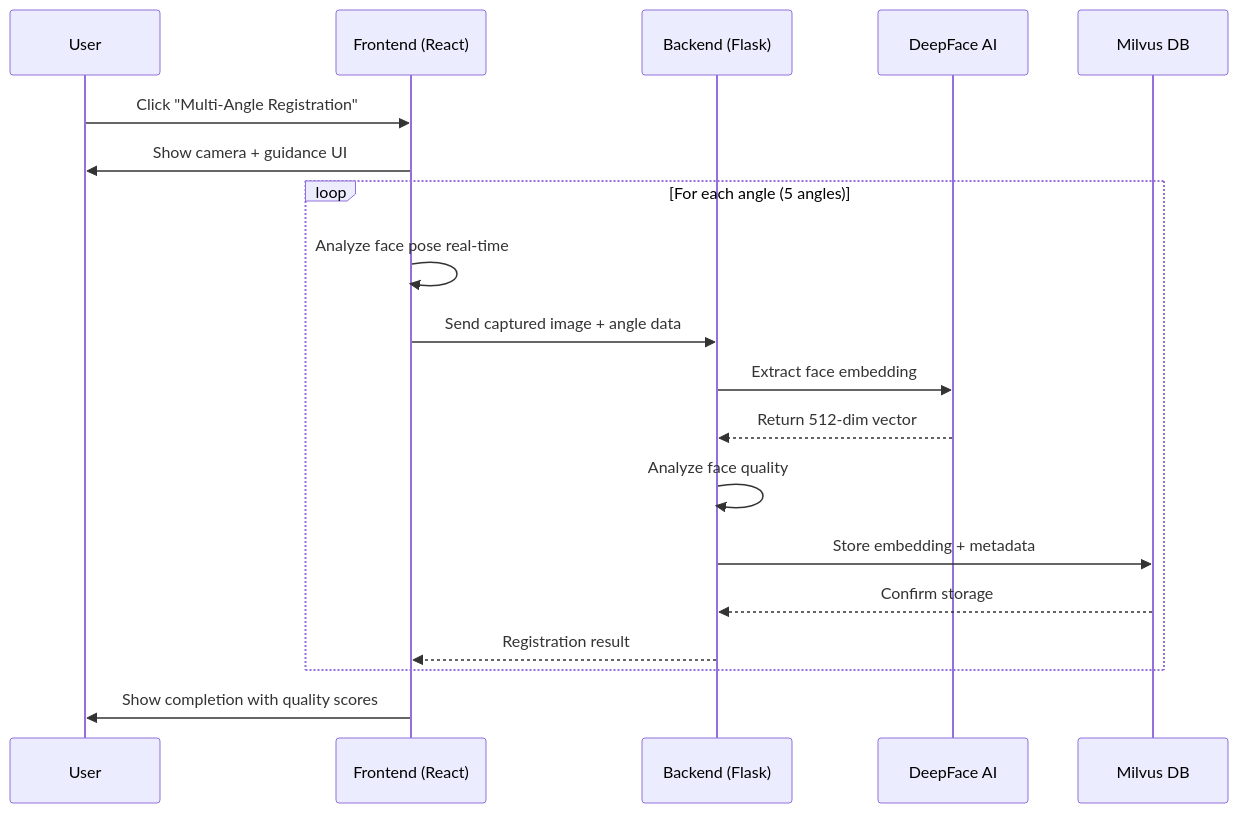
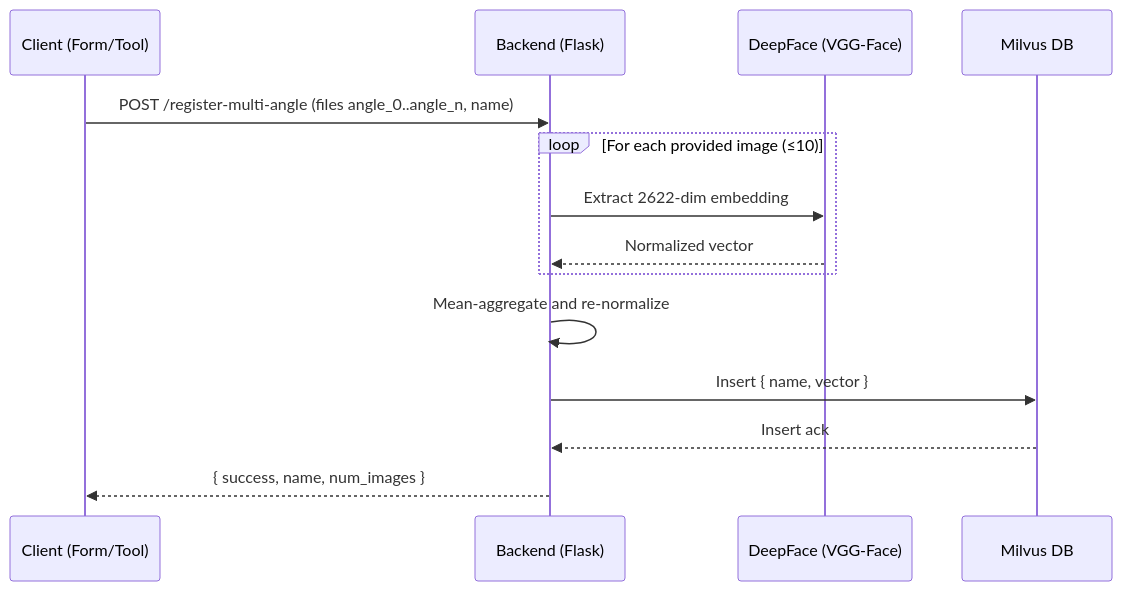
Before and after one commit to Tharindu-X/face-recognition-project: the first of 2 diagrams in face-recognition-app/SYSTEM_ARCHITECTURE.md, drawn with Mermaid. The commit also changed other lines of this file, not shown here.

Commit message:
updated system architecture

````diff
--- a/face-recognition-app/SYSTEM_ARCHITECTURE.md
+++ b/face-recognition-app/SYSTEM_ARCHITECTURE.md
@@ -58,24 +56,17 @@
 ```mermaid
 sequenceDiagram
-    participant User
-    participant Frontend as Frontend (React)
+    participant Client as Client (Form/Tool)
     participant Backend as Backend (Flask)
-    participant DeepFace as DeepFace AI
+    participant DeepFace as DeepFace (VGG-Face)
     participant Milvus as Milvus DB
     
-    User->>Frontend: Click "Multi-Angle Registration"
-    Frontend->>User: Show camera + guidance UI
-    
-    loop For each angle (5 angles)
-        Frontend->>Frontend: Analyze face pose real-time
-        Frontend->>Backend: Send captured image + angle data
-        Backend->>DeepFace: Extract face embedding
-        DeepFace-->>Backend: Return 512-dim vector
-        Backend->>Backend: Analyze face quality
-        Backend->>Milvus: Store embedding + metadata
-        Milvus-->>Backend: Confirm storage
-        Backend-->>Frontend: Registration result
+    Client->>Backend: POST /register-multi-angle (files angle_0..angle_n, name)
+    loop For each provided image (≤10)
+        Backend->>DeepFace: Extract 2622-dim embedding
+        DeepFace-->>Backend: Normalized vector
     end
-    
-    Frontend->>User: Show completion with quality scores
+    Backend->>Backend: Mean-aggregate and re-normalize
+    Backend->>Milvus: Insert { name, vector }
+    Milvus-->>Backend: Insert ack
+    Backend-->>Client: { success, name, num_images }
 ```
````
